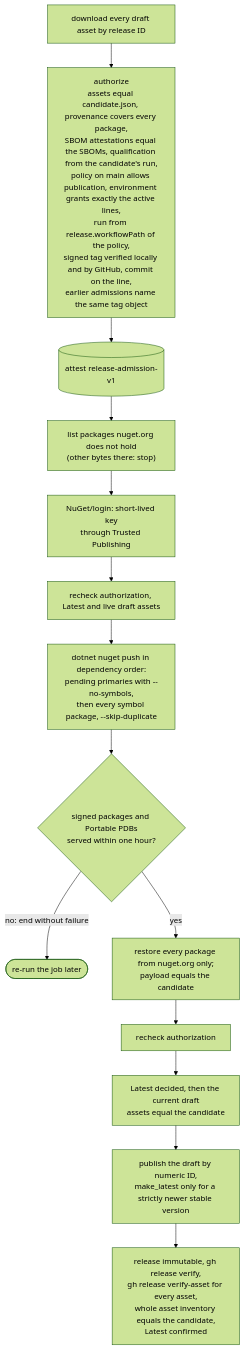
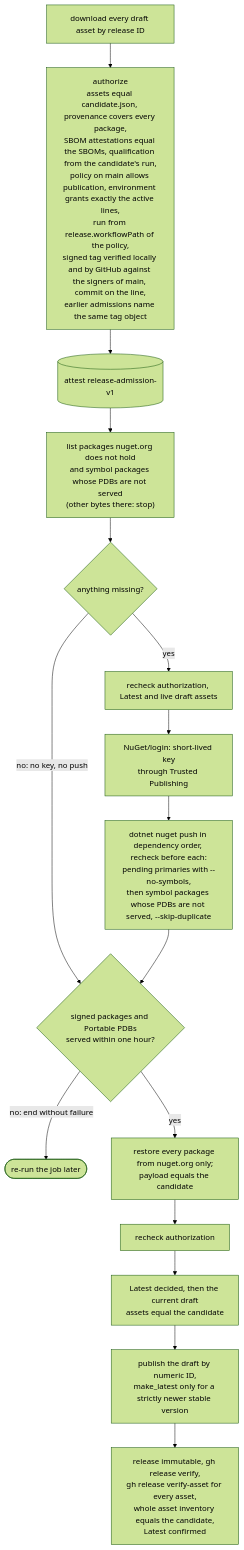
One commit to doka-labs/workflows changed diagram 13 of 19 in docs/overview.md. Above: the diagram before and after it, drawn with Mermaid (forest theme). The commit also changed other lines of this file and 8 other files, not shown here.

First line of the commit message:
fix(release): publish only missing symbols and trust signers of main (#16)

````diff
--- a/docs/overview.md
+++ b/docs/overview.md
@@ -349,16 +375,20 @@
 ```mermaid
 flowchart TB
-  dl["download every draft asset by release ID"] --> auth["authorize<br/>assets equal candidate.json, provenance covers every package,<br/>SBOM attestations equal the SBOMs, qualification from the candidate's run,<br/>policy on main allows publication, environment grants exactly the active lines,<br/>run from release.workflowPath of the policy,<br/>signed tag verified locally and by GitHub, commit on the line,<br/>earlier admissions name the same tag object"]
+  accTitle: Publish job
+  accDescr: After approval the candidate is rechecked, missing packages and symbols are pushed, read back and the immutable release is published.
+  dl["download every draft asset by release ID"] --> auth["authorize<br/>assets equal candidate.json, provenance covers every package,<br/>SBOM attestations equal the SBOMs, qualification from the candidate's run,<br/>policy on main allows publication, environment grants exactly the active lines,<br/>run from release.workflowPath of the policy,<br/>signed tag verified locally and by GitHub against the signers of main, commit on the line,<br/>earlier admissions name the same tag object"]
   auth --> adm[("attest release-admission-v1")]
-  adm --> pending["list packages nuget.org does not hold<br/>(other bytes there: stop)"]
-  pending --> login["NuGet/login: short-lived key<br/>through Trusted Publishing"]
-  login --> recheck["recheck authorization, Latest and live draft assets"]
-  recheck --> push["dotnet nuget push in dependency order:<br/>pending primaries with --no-symbols,<br/>then every symbol package, --skip-duplicate"]
+  adm --> pending["list packages nuget.org does not hold<br/>and symbol packages whose PDBs are not served<br/>(other bytes there: stop)"]
+  pending --> any{"anything missing?"}
+  any -- "no: no key, no push" --> readback
+  any -- yes --> recheck["recheck authorization, Latest and live draft assets"]
+  recheck --> login["NuGet/login: short-lived key<br/>through Trusted Publishing"]
+  login --> push["dotnet nuget push in dependency order, recheck before each:<br/>pending primaries with --no-symbols,<br/>then symbol packages whose PDBs are not served, --skip-duplicate"]
   push --> readback{"signed packages and Portable PDBs<br/>served within one hour?"}
   readback -- "no: end without failure" --> rerun(["re-run the job later"])
   readback -- yes --> consumer["restore every package from nuget.org only;<br/>payload equals the candidate"]
   consumer --> recheck2["recheck authorization"]
   recheck2 --> cur["Latest decided, then the current draft<br/>assets equal the candidate"]
   cur --> rel["publish the draft by numeric ID,<br/>make_latest only for a strictly newer stable version"]
   rel --> verify["release immutable, gh release verify,<br/>gh release verify-asset for every asset,<br/>whole asset inventory equals the candidate,<br/>Latest confirmed"]
 ```
````
